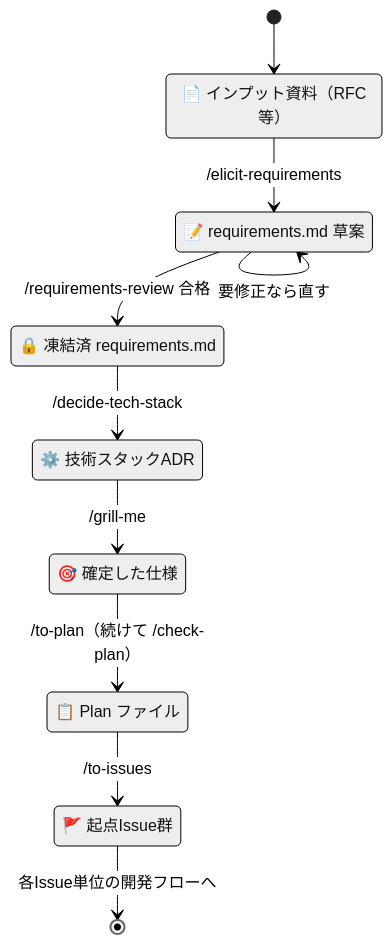
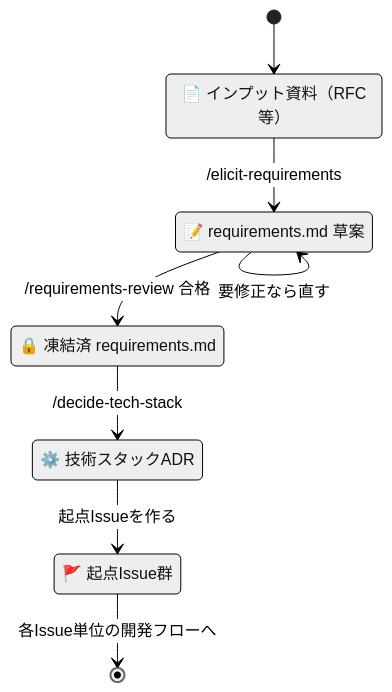
Before and after one commit to kasiopeiya/claude-dev-template: the diagram in docs/guide/new-development-guide.md, drawn with Mermaid (neutral theme). The commit also changed other lines of this file and 1 other file, not shown here.

````diff
--- a/docs/guide/new-development-guide.md
+++ b/docs/guide/new-development-guide.md
@@ -22,20 +22,16 @@
 ```mermaid
 stateDiagram-v2
     state "📄 インプット資料（RFC等）" as Input
     state "📝 requirements.md 草案" as Draft
     state "🔒 凍結済 requirements.md" as Frozen
     state "⚙️ 技術スタックADR" as Adr
-    state "🎯 確定した仕様" as Spec
-    state "📋 Plan ファイル" as Plan
     state "🚩 起点Issue群" as Issues
 
     [*] --> Input
     Input --> Draft : /elicit-requirements
     Draft --> Draft : 要修正なら直す
     Draft --> Frozen : /requirements-review 合格
     Frozen --> Adr : /decide-tech-stack
-    Adr --> Spec : /grill-me
-    Spec --> Plan : /to-plan（続けて /check-plan）
-    Plan --> Issues : /to-issues
+    Adr --> Issues : 起点Issueを作る
     Issues --> [*] : 各Issue単位の開発フローへ
 ```
````
